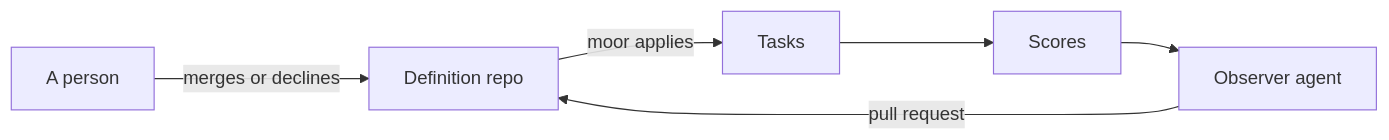
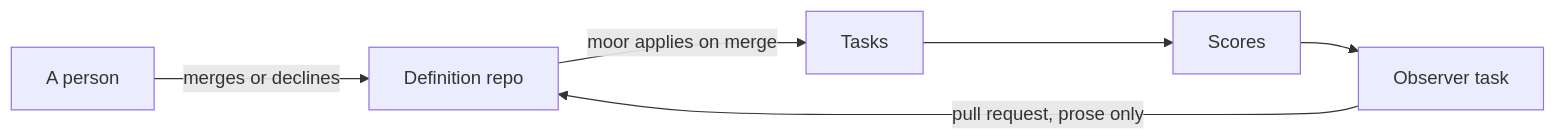
The third of 4 diagrams in docs/specs/position.md (IniZio/moor), drawn with Mermaid before and after one commit. The commit also changed other lines of this file, not shown here.

Commit message:
docs(specs): keep the shape of work in a definition repo

````diff
--- a/docs/specs/position.md
+++ b/docs/specs/position.md
@@ -176,8 +235,8 @@
 ```mermaid
 flowchart LR
-	D[Definition repo] -->|moor applies| T[Tasks]
+	D[Definition repo] -->|moor applies on merge| T[Tasks]
 	T --> S[Scores]
-	S --> O[Observer agent]
-	O -->|pull request| D
+	S --> O[Observer task]
+	O -->|pull request, prose only| D
 	H[A person] -->|merges or declines| D
 ```
````
